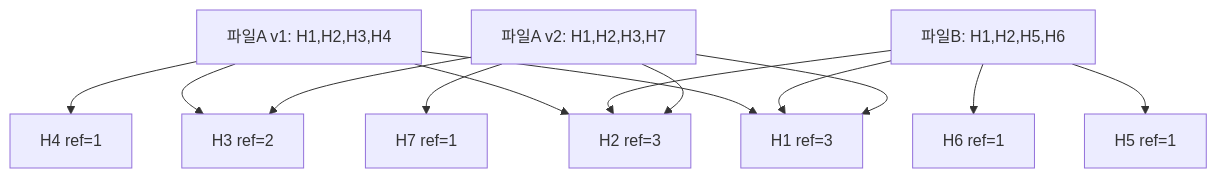
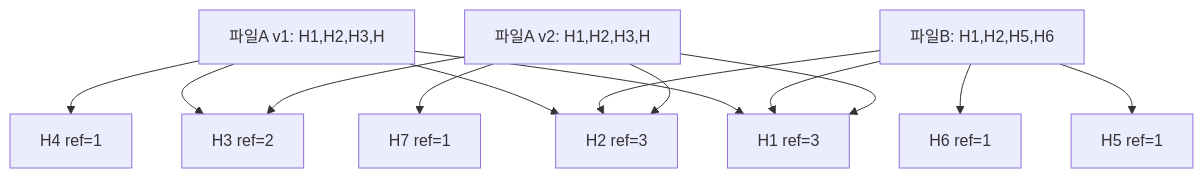
One commit to yjkim2015/yjkim2015.github.io changed the seventh of 8 diagrams in _posts/systemdesign/2026-05-03-system-design-file-storage.md. Above: the diagram before and after it, drawn with Mermaid. The commit also changed other lines of this file and 271 other files, not shown here.

First line of the commit message:
Mermaid 라벨 축소: 긴 노드 텍스트 18자 이하로 트림 + \n 제거

````diff
--- a/_posts/systemdesign/2026-05-03-system-design-file-storage.md
+++ b/_posts/systemdesign/2026-05-03-system-design-file-storage.md
@@ -507,11 +507,11 @@
 ```mermaid
 graph TD
-    F1["파일A v1: H1,H2,H3,H4"]
+    F1["파일A v1: H1,H2,H3,H"]
     F2["파일B: H1,H2,H5,H6"]
-    F3["파일A v2: H1,H2,H3,H7"]
+    F3["파일A v2: H1,H2,H3,H"]
     H1["H1 ref=3"] & H2["H2 ref=3"] & H3["H3 ref=2"]
     H4["H4 ref=1"] & H5["H5 ref=1"] & H6["H6 ref=1"] & H7["H7 ref=1"]
     F1 --> H1 & H2 & H3 & H4
     F2 --> H1 & H2 & H5 & H6
     F3 --> H1 & H2 & H3 & H7
 ```
````
